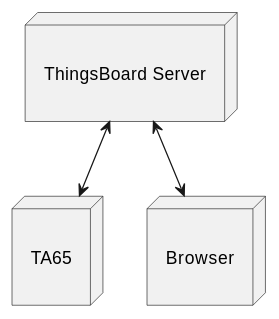
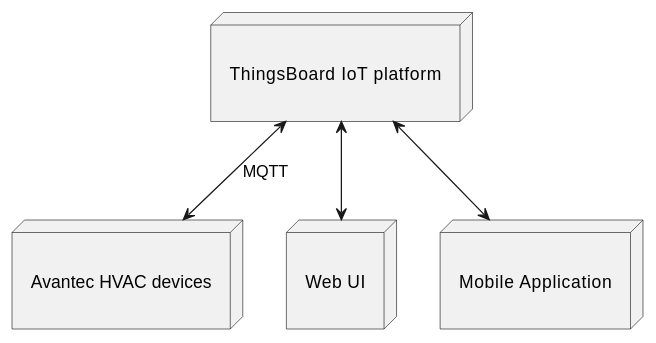
Before and after one commit to avantec-iot/avantec-thingsboard: the diagram in docs/index.rst, drawn with PlantUML. The commit also changed other lines of this file and 13 other files, not shown here.

```diff
--- a/docs/index.rst
+++ b/docs/index.rst
@@ -14,14 +16,18 @@
 .. uml::
    :align: center
 
-   node "\nThingsBoard Server\n" as TBSrv {
+   node "\nThingsBoard IoT platform\n" as TBSrv {
    }
 
-   node "\nTA65\n" as TBDev {
+   node "\nAvantec HVAC devices\n" as TBDev {
    }
 
-   node "\nBrowser\n" as TBApp {
+   node "\nWeb UI\n" as TBWebUI {
    }
 
-   TBSrv <-down-> TBDev
+   node "\nMobile Application\n" as TBApp {
+   }
+
+   TBSrv <-down-> TBDev : MQTT
+   TBSrv <-down-> TBWebUI
    TBSrv <-down-> TBApp
```
